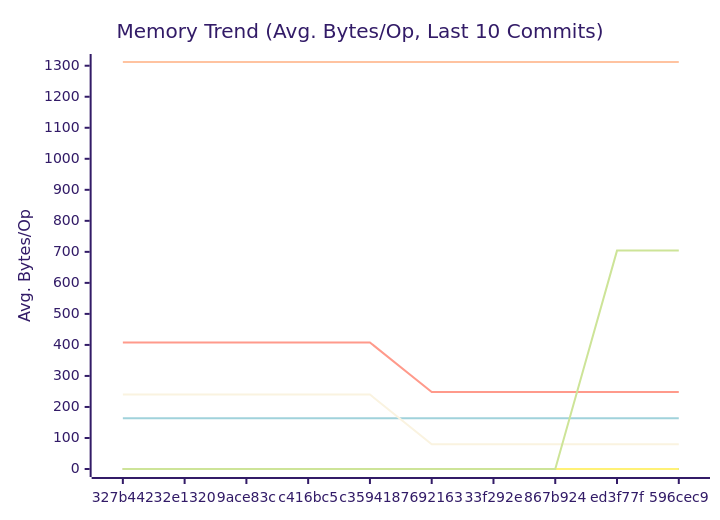
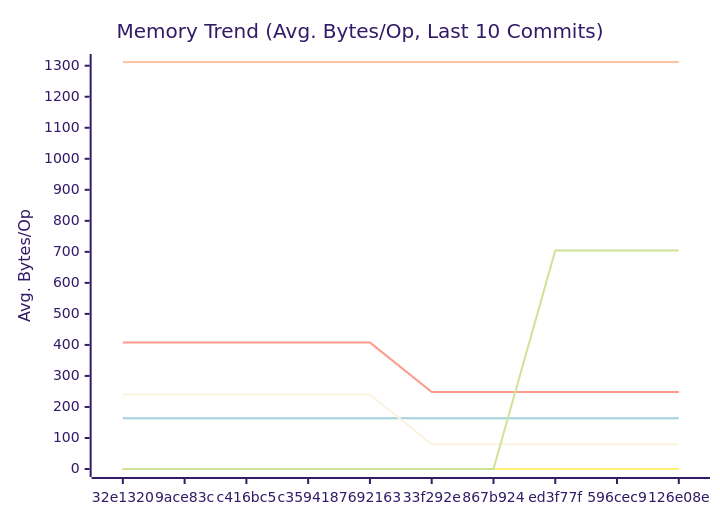
The second of 3 diagrams in docs/PERFORMANCE.md (alsotoes/momo), drawn with Mermaid (forest theme) before and after one commit. The commit also changed other lines of this file and 1 other file, not shown here.

````diff
--- a/docs/PERFORMANCE.md
+++ b/docs/PERFORMANCE.md
@@ -152,18 +152,18 @@
 ```mermaid
 xychart-beta
     title "Memory Trend (Avg. Bytes/Op, Last 10 Commits)"
     x-axis "Commit"
     y-axis "Avg. Bytes/Op"
-    x-axis [327b442,32e1320,9ace83c,c416bc5,c359418,7692163,33f292e,867b924,ed3f77f,596cec9]
+    x-axis [32e1320,9ace83c,c416bc5,c359418,7692163,33f292e,867b924,ed3f77f,596cec9,126e08e]
     line "CheckMetricsAndSwap" [0,0,0,0,0,0,0,0,0,0]
     line "CrushOptimized" [0,0,0,0,0,0,0,0,0,0]
     line "CrushOriginal" [164,164,164,164,164,164,164,164,164,164]
     line "IndexDirectTracking" [0,0,0,0,0,0,0,0,0,0]
     line "IndexSearch" [0,0,0,0,0,0,0,0,0,0]
     line "LoadGlobalConfig" [1312,1312,1312,1312,1312,1312,1312,1312,1312,1312]
     line "PadString" [0,0,0,0,0,0,0,0,0,0]
     line "ParseReplicationOrder_NoPrealloc" [408,408,408,408,408,248,248,248,248,248]
     line "ParseReplicationOrder_Prealloc" [240,240,240,240,240,80,80,80,80,80]
     line "SanitizeLog/Safe" [0,0,0,0,0,0,0,0,0,0]
-    line "SanitizeLog/Unsafe" [0,0,0,0,0,0,0,0,704,704]
+    line "SanitizeLog/Unsafe" [0,0,0,0,0,0,0,704,704,704]
 ```
````
